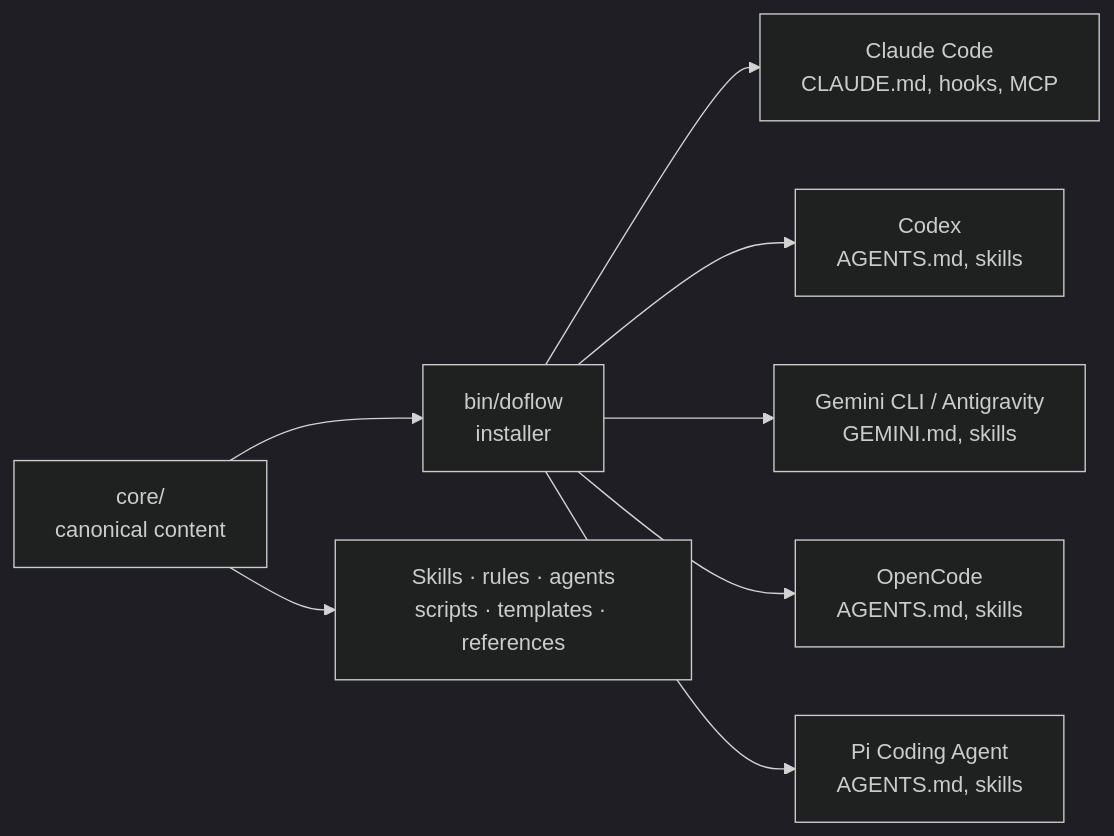
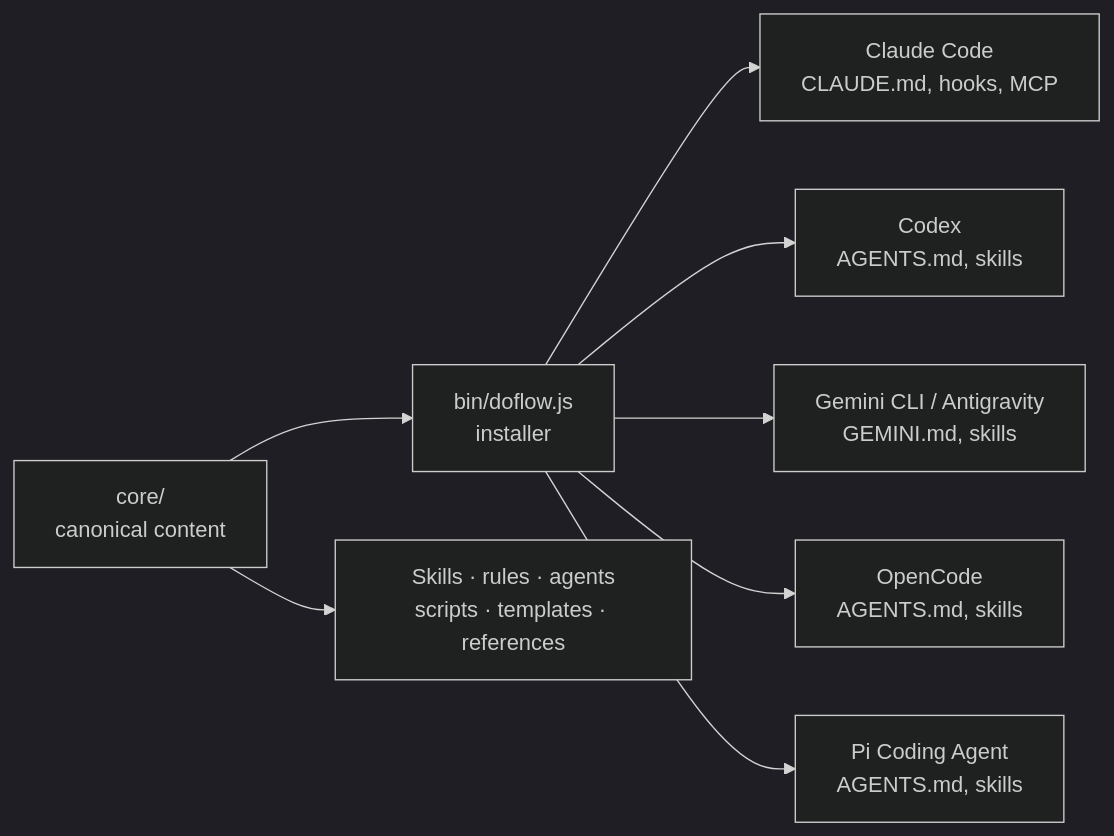
The first of 4 diagrams in docs/overview.md (khoavu882/do-flow), drawn with Mermaid (dark theme) before and after one commit. The commit also changed other lines of this file and 3 other files, not shown here.

````diff
--- a/docs/overview.md
+++ b/docs/overview.md
@@ -7,10 +7,10 @@
 ```mermaid
 flowchart LR
-    Core[core/\ncanonical content] --> Installer[bin/doflow\ninstaller]
+    Core[core/\ncanonical content] --> Installer[bin/doflow.js\ninstaller]
     Installer --> Claude[Claude Code\nCLAUDE.md, hooks, MCP]
     Installer --> Codex[Codex\nAGENTS.md, skills]
     Installer --> Gemini[Gemini CLI / Antigravity\nGEMINI.md, skills]
     Installer --> OpenCode[OpenCode\nAGENTS.md, skills]
     Installer --> Pi[Pi Coding Agent\nAGENTS.md, skills]
     Core --> Content[Skills · rules · agents\nscripts · templates · references]
 ```
````
